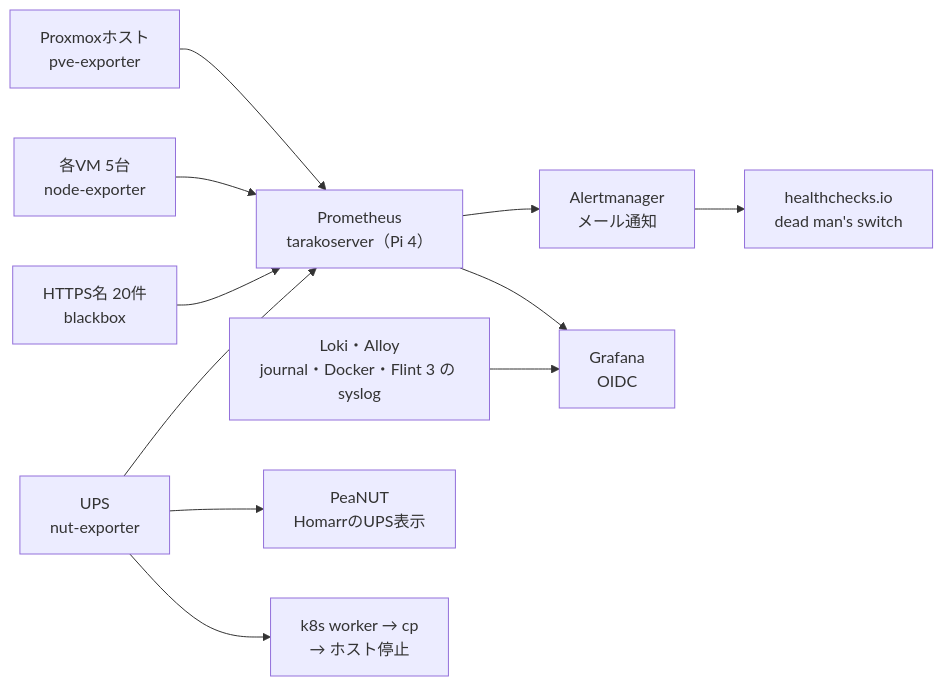
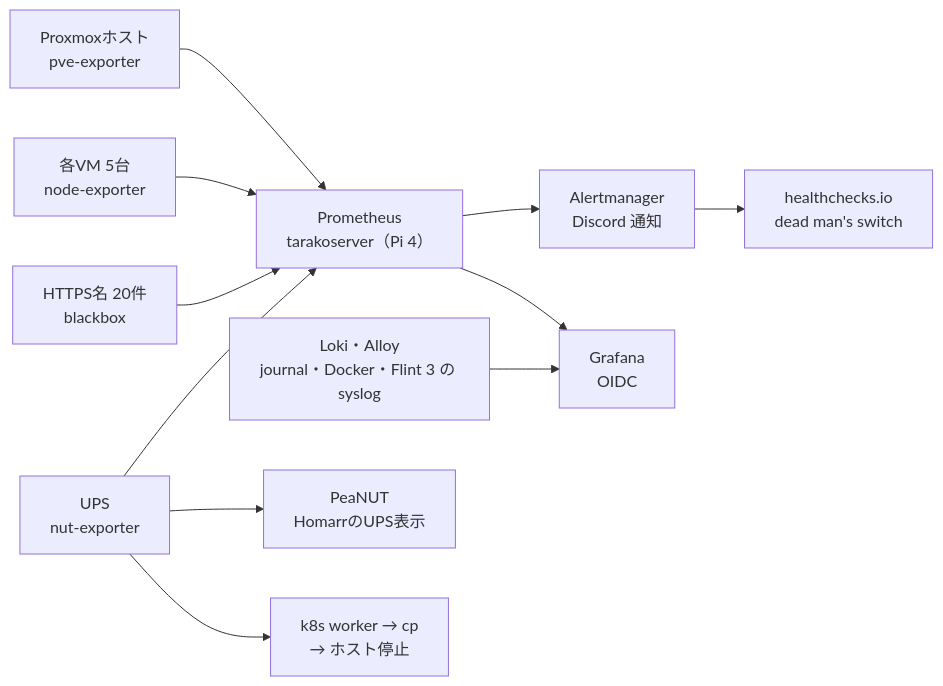
The ninth of 14 diagrams in docs/architecture/overview.md (rurutheGeek/shake-cloud), drawn with Mermaid before and after one commit. The commit also changed other lines of this file and 18 other files, not shown here.

````diff
--- a/docs/architecture/overview.md
+++ b/docs/architecture/overview.md
@@ -349,25 +349,25 @@
 ```mermaid
 flowchart LR
   pve["Proxmoxホスト<br/>pve-exporter"]
   ups["UPS<br/>nut-exporter"]
   vm["各VM 5台<br/>node-exporter"]
   https["HTTPS名 20件<br/>blackbox"]
   prom["Prometheus<br/>tarakoserver（Pi 4）"]
   loki["Loki・Alloy<br/>journal・Docker・Flint 3 の syslog"]
-  alert["Alertmanager<br/>メール通知"]
+  alert["Alertmanager<br/>Discord 通知"]
   grafana["Grafana<br/>OIDC"]
   peanut["PeaNUT<br/>HomarrのUPS表示"]
   deadman["healthchecks.io<br/>dead man's switch"]
   hoststop["k8s worker → cp<br/>→ ホスト停止"]
 
   pve --> prom
   ups --> prom
   vm --> prom
   https --> prom
   prom --> alert
   alert --> deadman
   prom --> grafana
   loki --> grafana
   ups --> peanut
   ups --> hoststop
 ```
````
